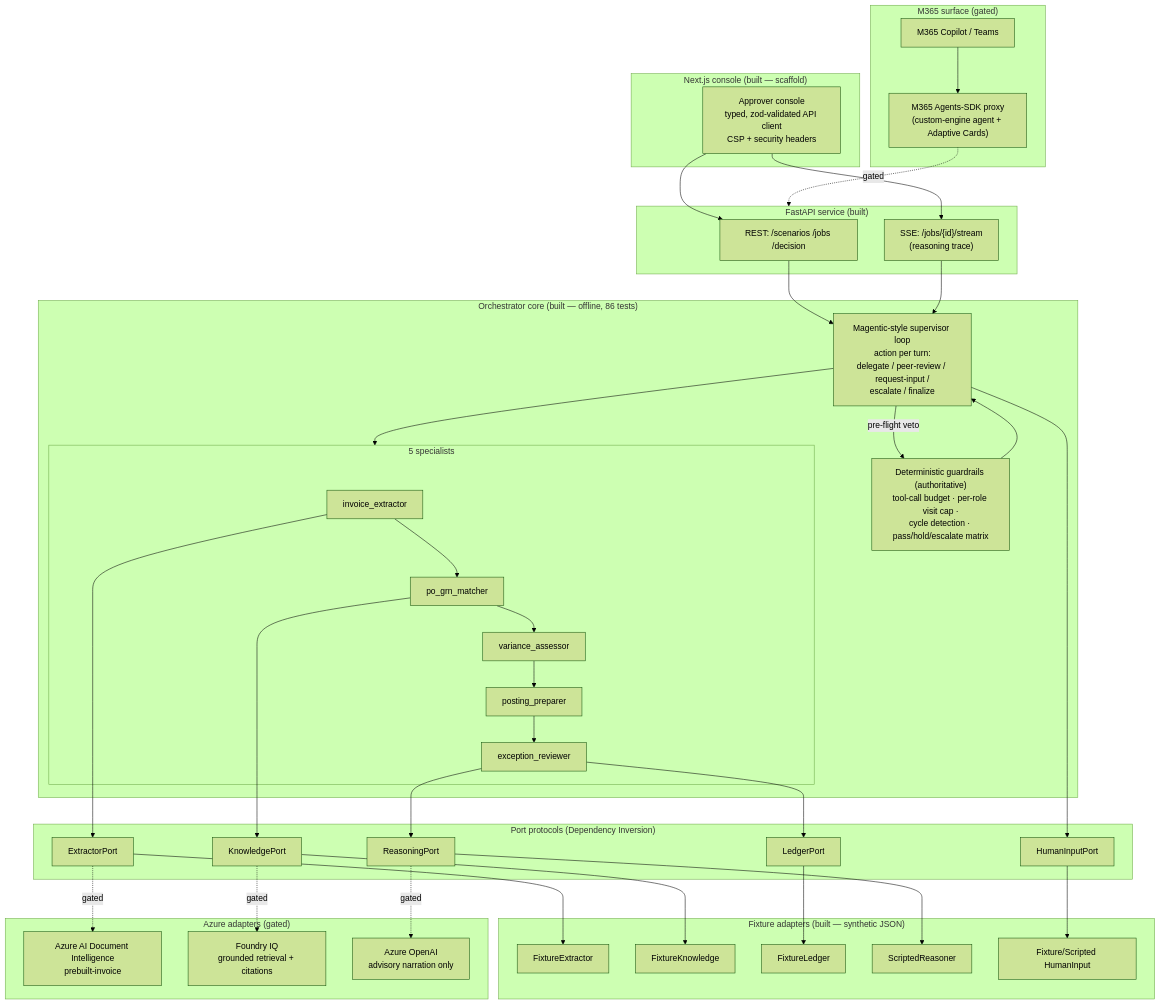
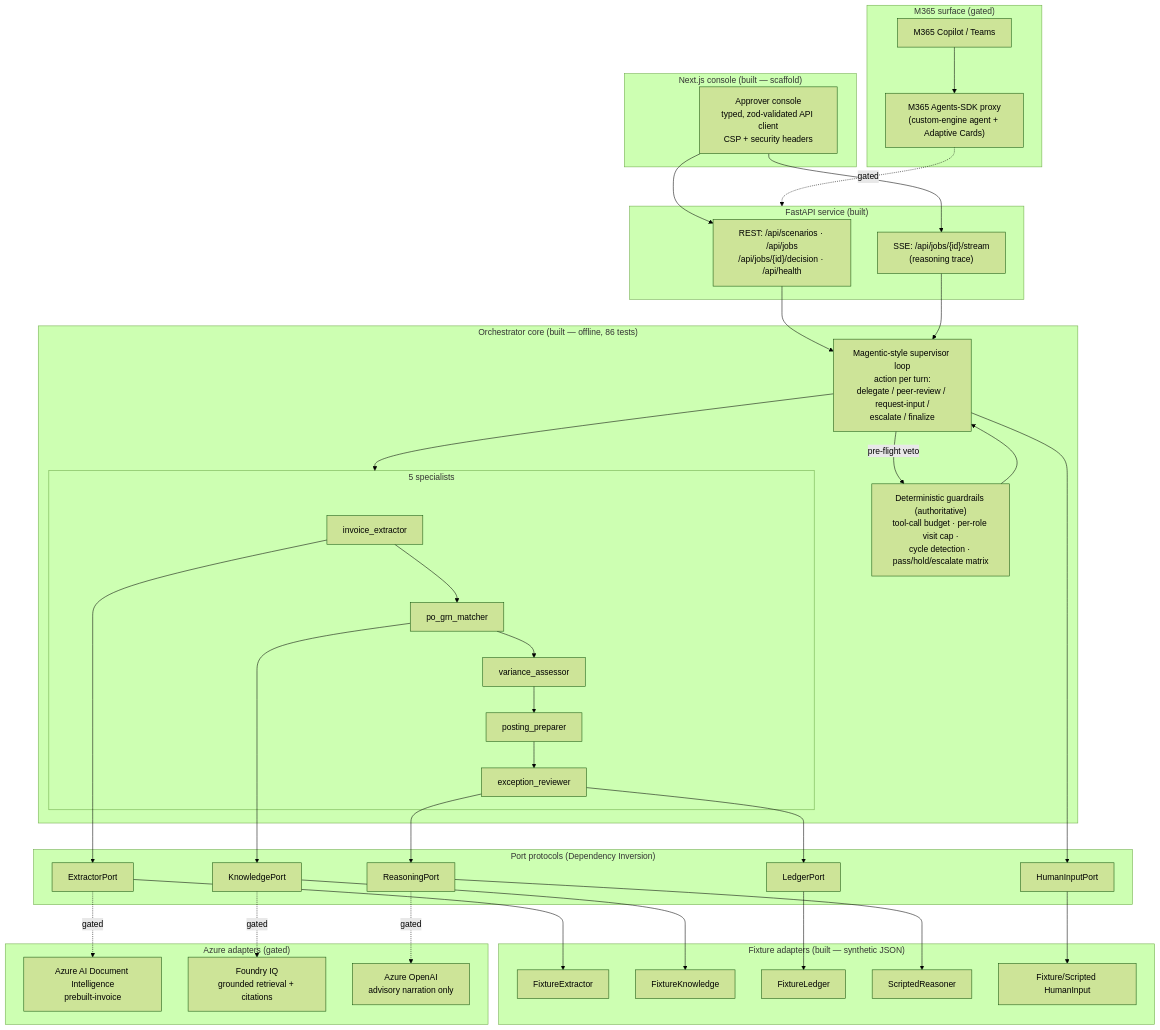
One commit to jieyao-MilestoneHub/m365-document-workflow-agent changed the diagram in docs/architecture.md. Above: the diagram before and after it, drawn with Mermaid (forest theme). The commit also changed 2 other files, not shown here.

Commit message:
docs: verify drafted docs against code, fix API paths, add demo script
Accuracy review of the machine-generated WS7 docs against the actual
backend/frontend (verified: 86 tests pass, CLI INV-1042 -> HOLD with
citations, supervisor actions/guardrails/ports/decision matrix, pyproject
extras, frontend CSP+zod). Findings:

- architecture.md: REST/SSE nodes labelled endpoints without the real
  /api prefix; corrected to /api/scenarios, /api/jobs,
  /api/jobs/{id}/decision, /api/health, /api/jobs/{id}/stream.
- Add docs/DEMO_SCRIPT.md: the <=5-min shooting script (INV-1043 pass ->
  INV-1042 +6% hold -> INV-1053 over-bill -> INV-1054 guardrail-over-LLM
  -> INV-1057 slot-fill -> INV-1056 duplicate), with verified runner
  output and clearly-marked gated (Foundry IQ / Doc Intelligence / Azure
  OpenAI / M365) features.
- README: link the demo script from the scenario-arc section.

Refs #19, #20, #21

````diff
--- a/docs/architecture.md
+++ b/docs/architecture.md
@@ -11,79 +11,79 @@
 ```mermaid
 flowchart TB
     subgraph Surface["M365 surface (gated)"]
         copilot["M365 Copilot / Teams"]
         proxy["M365 Agents-SDK proxy<br/>(custom-engine agent + Adaptive Cards)"]
         copilot --> proxy
     end
 
     subgraph Console["Next.js console (built — scaffold)"]
         ui["Approver console<br/>typed, zod-validated API client<br/>CSP + security headers"]
     end
 
     subgraph API["FastAPI service (built)"]
-        rest["REST: /scenarios /jobs /decision"]
-        sse["SSE: /jobs/{id}/stream<br/>(reasoning trace)"]
+        rest["REST: /api/scenarios · /api/jobs<br/>/api/jobs/{id}/decision · /api/health"]
+        sse["SSE: /api/jobs/{id}/stream<br/>(reasoning trace)"]
     end
 
     subgraph Core["Orchestrator core (built — offline, 86 tests)"]
         sup["Magentic-style supervisor loop<br/>action per turn:<br/>delegate / peer-review / request-input /<br/>escalate / finalize"]
         guard["Deterministic guardrails (authoritative)<br/>tool-call budget · per-role visit cap ·<br/>cycle detection · pass/hold/escalate matrix"]
 
         subgraph Specs["5 specialists"]
             s1["invoice_extractor"]
             s2["po_grn_matcher"]
             s3["variance_assessor"]
             s4["posting_preparer"]
             s5["exception_reviewer"]
             s1 --> s2 --> s3 --> s4 --> s5
         end
 
         sup -- "pre-flight veto" --> guard
         sup --> Specs
         guard --> sup
     end
 
     subgraph Ports["Port protocols (Dependency Inversion)"]
         pext["ExtractorPort"]
         pknow["KnowledgePort"]
         pledger["LedgerPort"]
         preason["ReasoningPort"]
         phuman["HumanInputPort"]
     end
 
     subgraph Offline["Fixture adapters (built — synthetic JSON)"]
         fext["FixtureExtractor"]
         fknow["FixtureKnowledge"]
         fledger["FixtureLedger"]
         freason["ScriptedReasoner"]
         fhuman["Fixture/Scripted HumanInput"]
     end
 
     subgraph Azure["Azure adapters (gated)"]
         adi["Azure AI Document Intelligence<br/>prebuilt-invoice"]
         afiq["Foundry IQ<br/>grounded retrieval + citations"]
         aoai["Azure OpenAI<br/>advisory narration only"]
     end
 
     proxy -. "gated" .-> API
     ui --> rest
     ui --> sse
     rest --> sup
     sse --> sup
 
     s1 --> pext
     s2 --> pknow
     s5 --> pledger
     s5 --> preason
     sup --> phuman
 
     pext --> fext
     pknow --> fknow
     pledger --> fledger
     preason --> freason
     phuman --> fhuman
 
     pext -. "gated" .-> adi
     pknow -. "gated" .-> afiq
     preason -. "gated" .-> aoai
 ```
````
